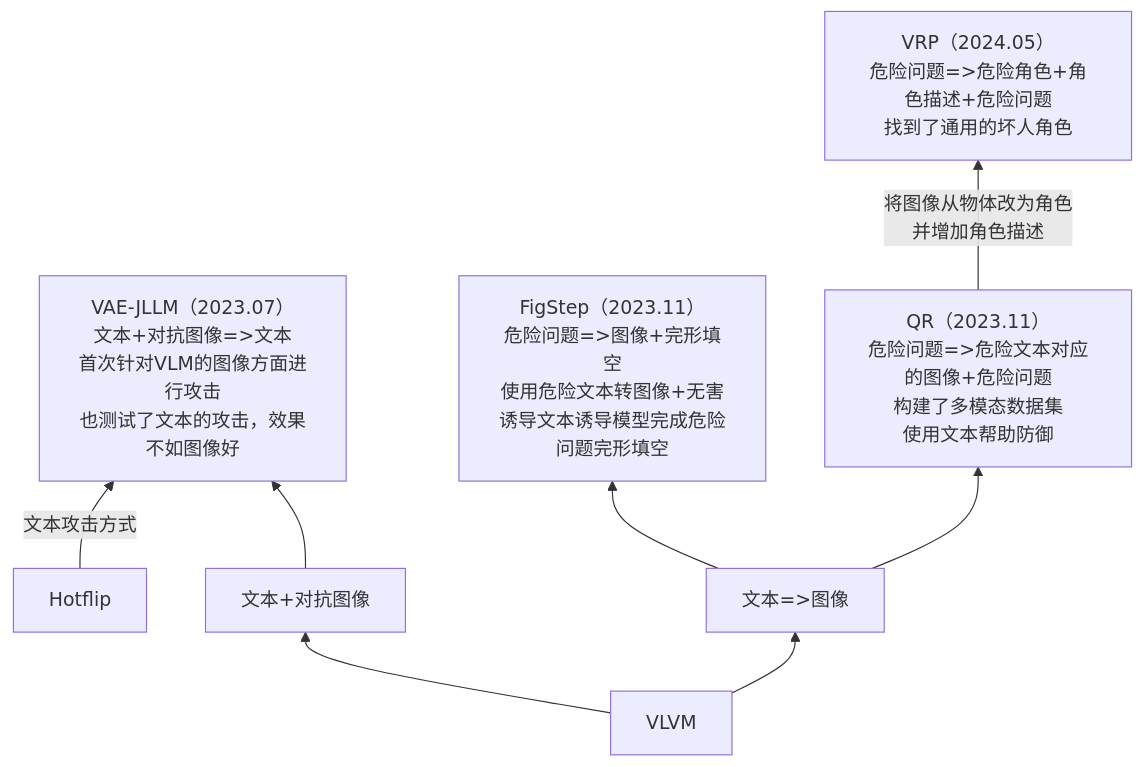
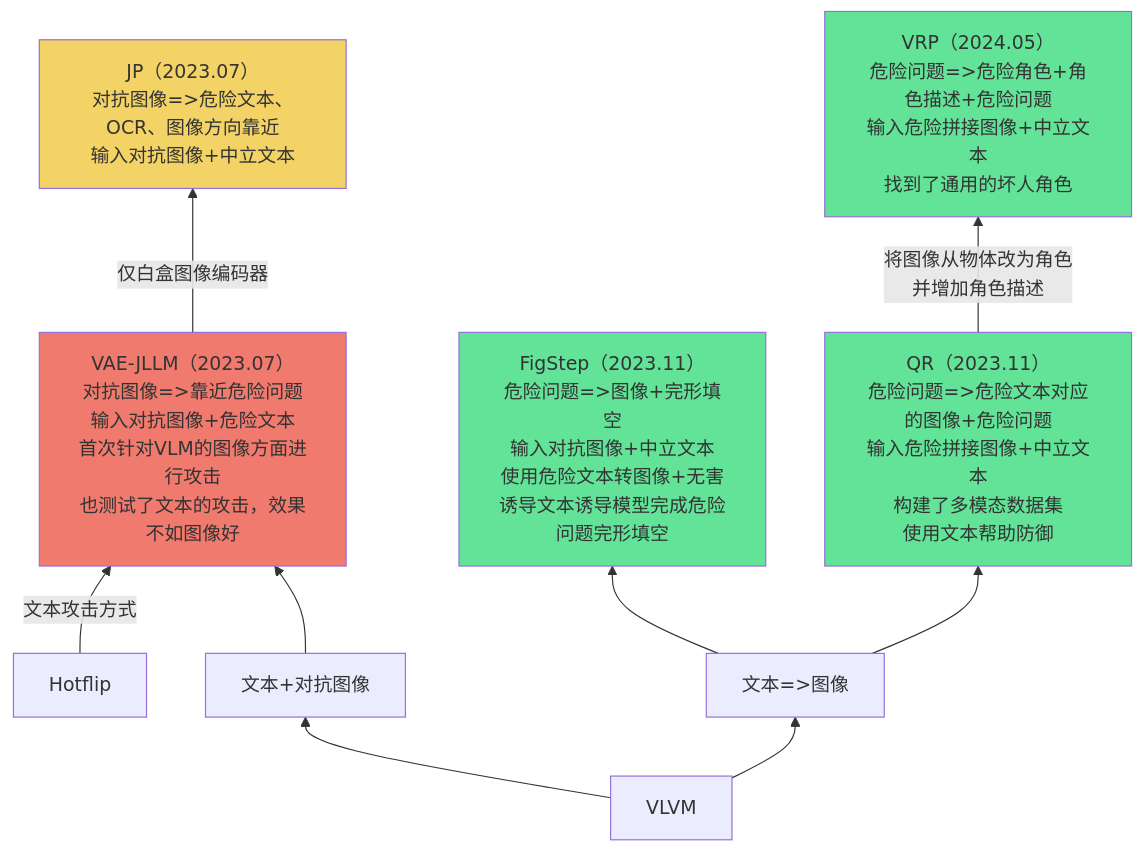
One commit to Elephant-King9/Paper changed the fourth of 5 diagrams in Attack/Jailbreak/VLVM/analyse.md. Above: the diagram before and after it, drawn with Mermaid. The commit also changed other lines of this file and 3 other files, not shown here.

````diff
--- a/Attack/Jailbreak/VLVM/analyse.md
+++ b/Attack/Jailbreak/VLVM/analyse.md
@@ -47,20 +59,30 @@
 ```mermaid
 flowchart BT
 	VLVM-->文本+对抗图像
 	VLVM-->文本_图像
 	Hotflip-->|文本攻击方式|VAE-JLLM
 	文本+对抗图像-->VAE-JLLM
 	文本_图像-->FigStep
 	文本_图像-->QR
 	QR-->|将图像从物体改为角色<br>并增加角色描述|VRP
-	
+	VAE-JLLM-->|仅白盒图像编码器|JP
 	
 	
 	
 	文本+对抗图像[文本+对抗图像]
 	文本_图像[文本=>图像]
-	VAE-JLLM[VAE-JLLM（2023.07）<br>文本+对抗图像=>文本<br>首次针对VLM的图像方面进行攻击<br>也测试了文本的攻击，效果不如图像好]
-	FigStep[FigStep（2023.11）<br>危险问题=>图像+完形填空<br>使用危险文本转图像+无害诱导文本诱导模型完成危险问题完形填空]
-	VRP[VRP（2024.05）<br>危险问题=>危险角色+角色描述+危险问题<br>找到了通用的坏人角色]
-	QR[QR（2023.11）<br>危险问题=>危险文本对应的图像+危险问题<br>构建了多模态数据集<br>使用文本帮助防御]
+	VAE-JLLM[VAE-JLLM（2023.07）<br>对抗图像=>靠近危险问题<br>输入对抗图像+危险文本<br>首次针对VLM的图像方面进行攻击<br>也测试了文本的攻击，效果不如图像好]
+		style VAE-JLLM fill:#EF7A6D
+	FigStep[FigStep（2023.11）<br>危险问题=>图像+完形填空<br>输入对抗图像+中立文本<br>使用危险文本转图像+无害诱导文本诱导模型完成危险问题完形填空]
+		style FigStep fill:#63E398
+	VRP[VRP（2024.05）<br>危险问题=>危险角色+角色描述+危险问题<br>输入危险拼接图像+中立文本<br>找到了通用的坏人角色]
+		style VRP fill:#63E398
+	QR[QR（2023.11）<br>危险问题=>危险文本对应的图像+危险问题<br>输入危险拼接图像+中立文本<br>构建了多模态数据集<br>使用文本帮助防御]
+		style QR fill:#63E398
+	JP[JP（2023.07）<br>对抗图像=>危险文本、OCR、图像方向靠近<br>输入对抗图像+中立文本]
+		style JP fill:#F3D266
+	
+	
+	
+	
 ```
````
